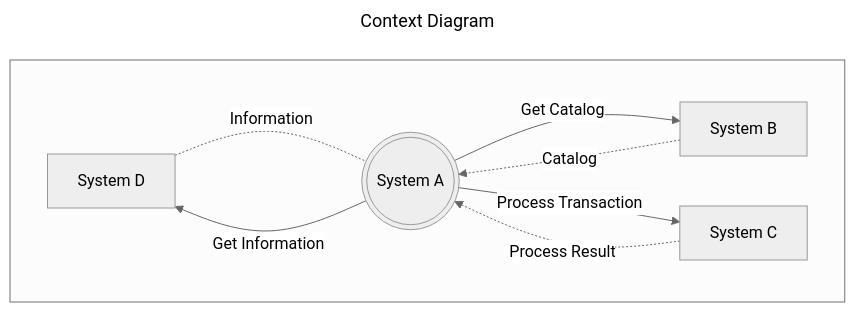
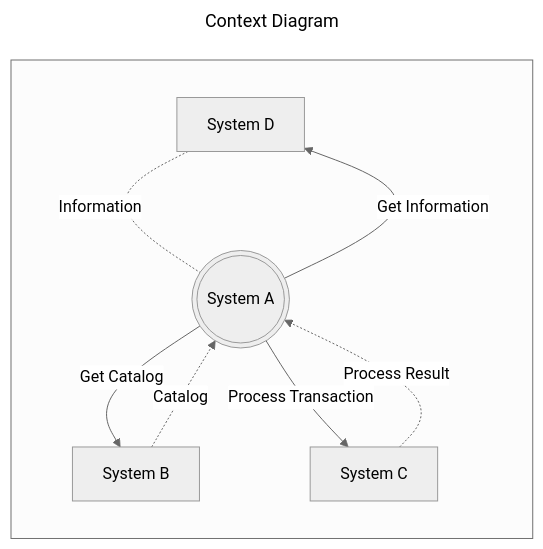
One commit to Kuziomkin/diagrams changed the third of 3 diagrams in mermaid_diagrams.md. Above: the diagram before and after it, drawn with Mermaid.

````diff
--- a/mermaid_diagrams.md
+++ b/mermaid_diagrams.md
@@ -42,26 +42,26 @@
 ```mermaid
 ---
 title: Context Diagram
 config:
   layout: dagre
   look: classic
   theme: neutral
 ---
-    flowchart TD
+    flowchart LR
         %% define components
         D[System D]
         A(((System A)))
         B[System B]
         C[System C]
 
         subgraph " "
             %% define relationships
             A --Get Information--> D
             D -.Information.- A
             A -- Get Catalog--> B
             B -. Catalog .-> A
             A --Process Transaction--> C
             C -.Process Result.->A
         end
 
 ```
````
